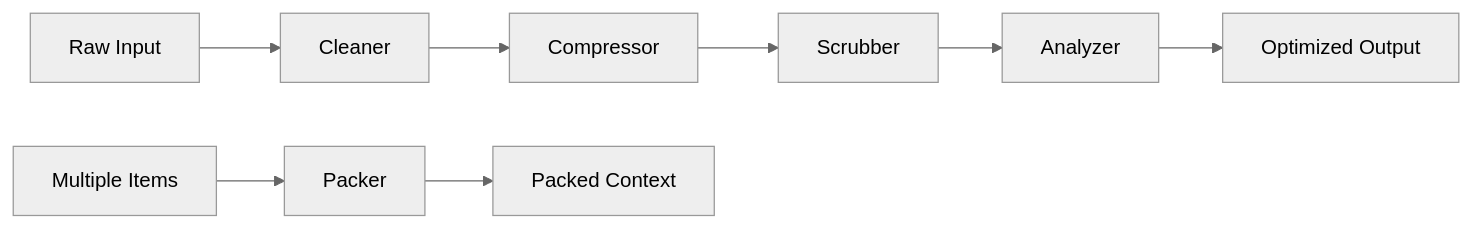
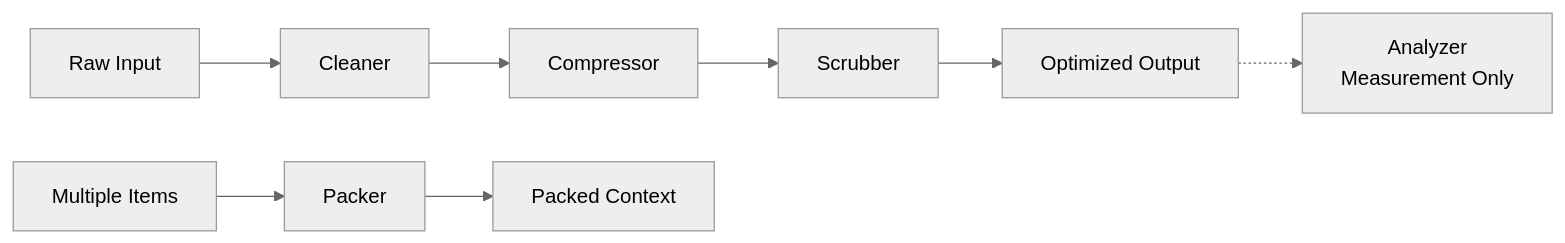
The diagram in docs/modules/overview.md (JacobHuang91/prompt-refiner), drawn with Mermaid (neutral theme) before and after one commit. The commit also changed other lines of this file and 17 other files, not shown here.

````diff
--- a/docs/modules/overview.md
+++ b/docs/modules/overview.md
@@ -167,11 +176,11 @@
 ```mermaid
 graph LR
     A[Raw Input] --> B[Cleaner]
     B --> C[Compressor]
     C --> D[Scrubber]
-    D --> E[Analyzer]
-    E --> F[Optimized Output]
+    D --> E[Optimized Output]
+    E -.-> F[Analyzer<br/>Measurement Only]
 
     G[Multiple Items] --> H[Packer]
     H --> I[Packed Context]
 ```
````
